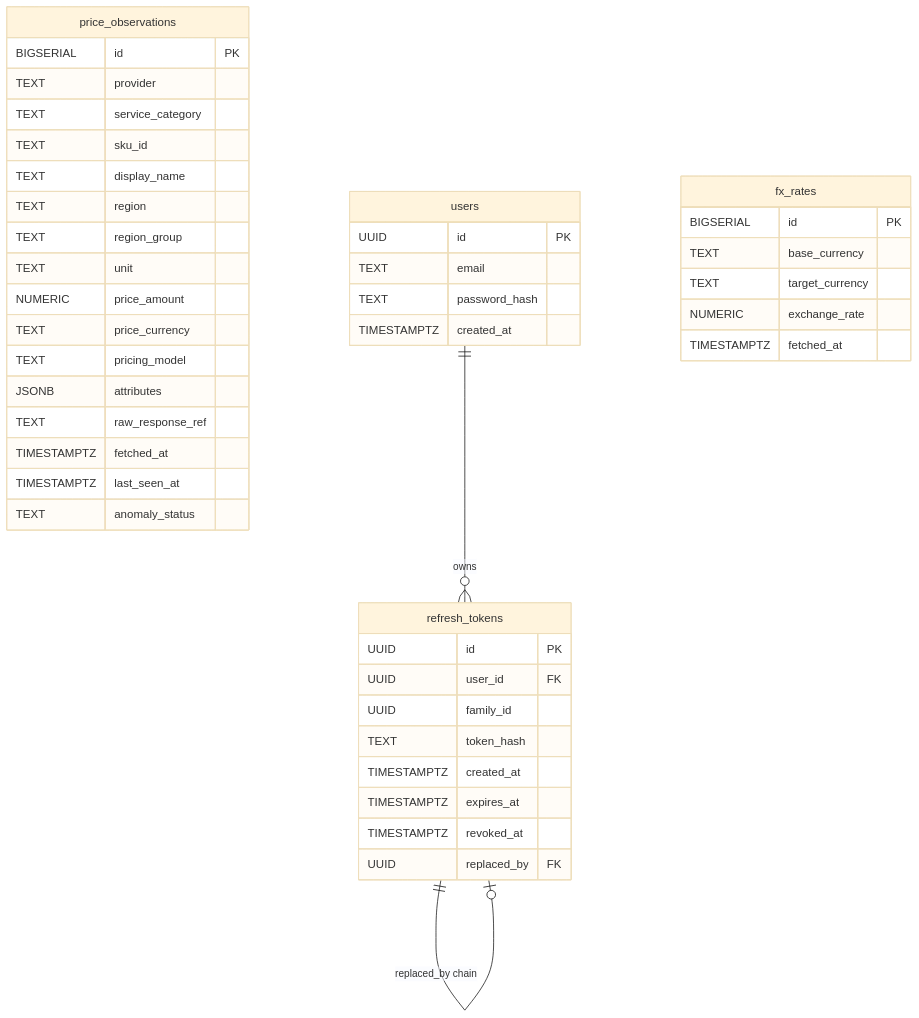
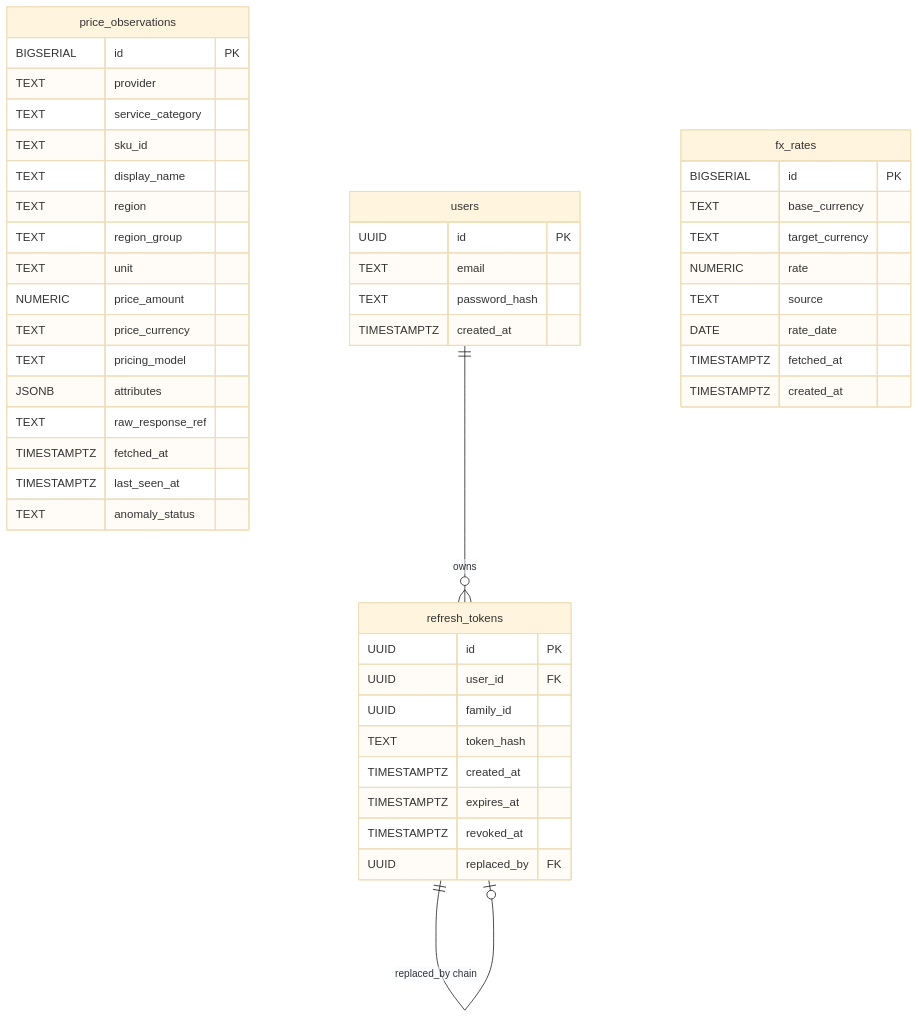
Before and after one commit to thatengineerguy21/cloudvitta: the first of 2 diagrams in docs/diagrams/02-data-model-erd.md, drawn with Mermaid (base theme). The commit also changed 25 other files, not shown here.

````diff
--- a/docs/diagrams/02-data-model-erd.md
+++ b/docs/diagrams/02-data-model-erd.md
@@ -9,50 +9,53 @@
 ```mermaid
 erDiagram
     price_observations {
         BIGSERIAL id PK
         TEXT provider
         TEXT service_category
         TEXT sku_id
         TEXT display_name
         TEXT region
         TEXT region_group
         TEXT unit
         NUMERIC price_amount
         TEXT price_currency
         TEXT pricing_model
         JSONB attributes
         TEXT raw_response_ref
         TIMESTAMPTZ fetched_at
         TIMESTAMPTZ last_seen_at
         TEXT anomaly_status
     }
 
     users {
         UUID id PK
         TEXT email
         TEXT password_hash
         TIMESTAMPTZ created_at
     }
 
     refresh_tokens {
         UUID id PK
         UUID user_id FK
         UUID family_id
         TEXT token_hash
         TIMESTAMPTZ created_at
         TIMESTAMPTZ expires_at
         TIMESTAMPTZ revoked_at
         UUID replaced_by FK
     }
 
     fx_rates {
         BIGSERIAL id PK
         TEXT base_currency
         TEXT target_currency
-        NUMERIC exchange_rate
+        NUMERIC rate
+        TEXT source
+        DATE rate_date
         TIMESTAMPTZ fetched_at
+        TIMESTAMPTZ created_at
     }
 
     users ||--o{ refresh_tokens : "owns"
     refresh_tokens ||--o| refresh_tokens : "replaced_by chain"
 ```
````
